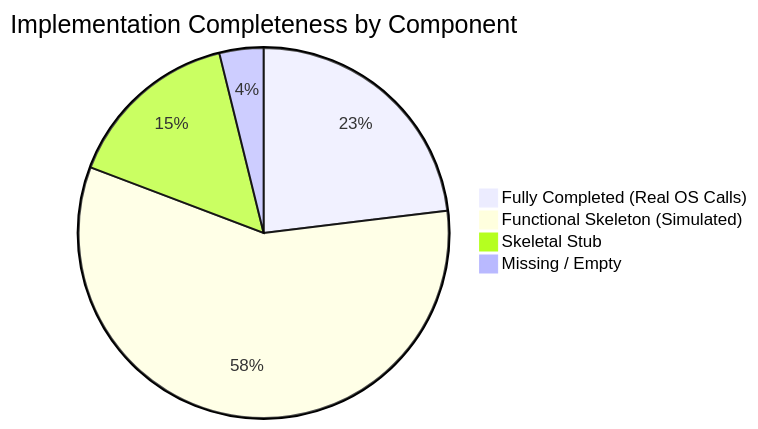
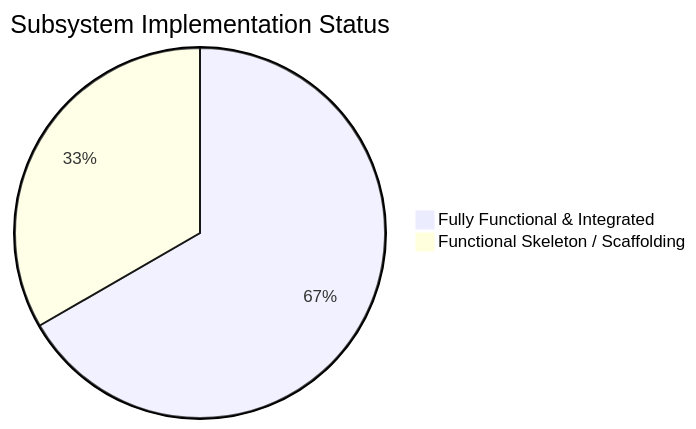
The diagram in docs/detailed_report_about_project.md (MysticsWinner/Aether-custom-widget), drawn with Mermaid before and after one commit. The commit also changed other lines of this file and 40 other files, not shown here.

````diff
--- a/docs/detailed_report_about_project.md
+++ b/docs/detailed_report_about_project.md
@@ -418,7 +308,5 @@
 ```mermaid
-pie title Implementation Completeness by Component
-    "Fully Completed (Real OS Calls)" : 6
-    "Functional Skeleton (Simulated)" : 15
-    "Skeletal Stub" : 4
-    "Missing / Empty" : 1
+pie title Subsystem Implementation Status
+    "Fully Functional & Integrated" : 12
+    "Functional Skeleton / Scaffolding" : 6
 ```
````
